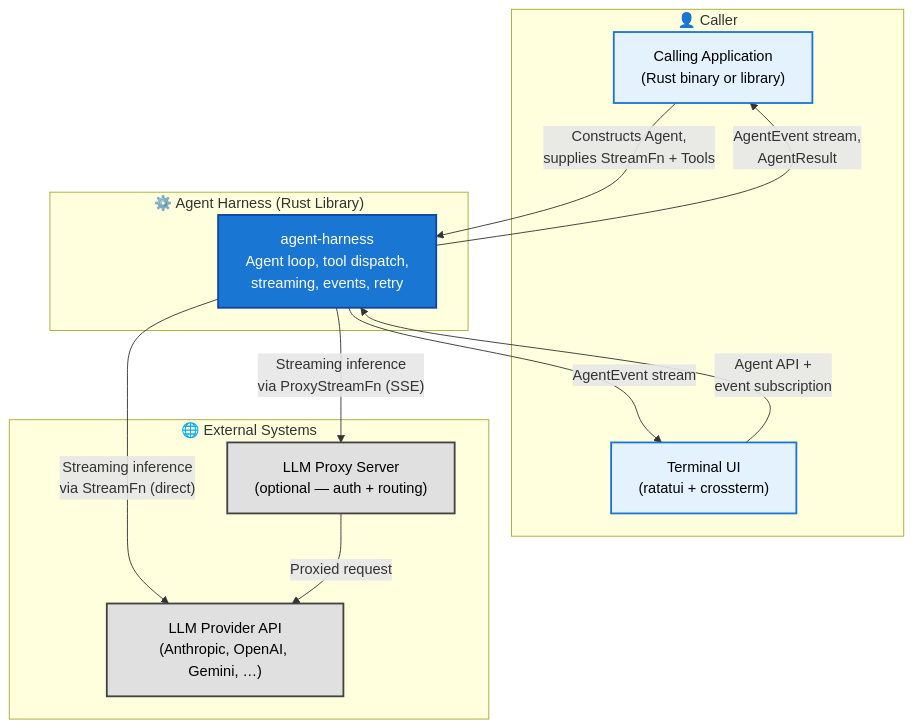
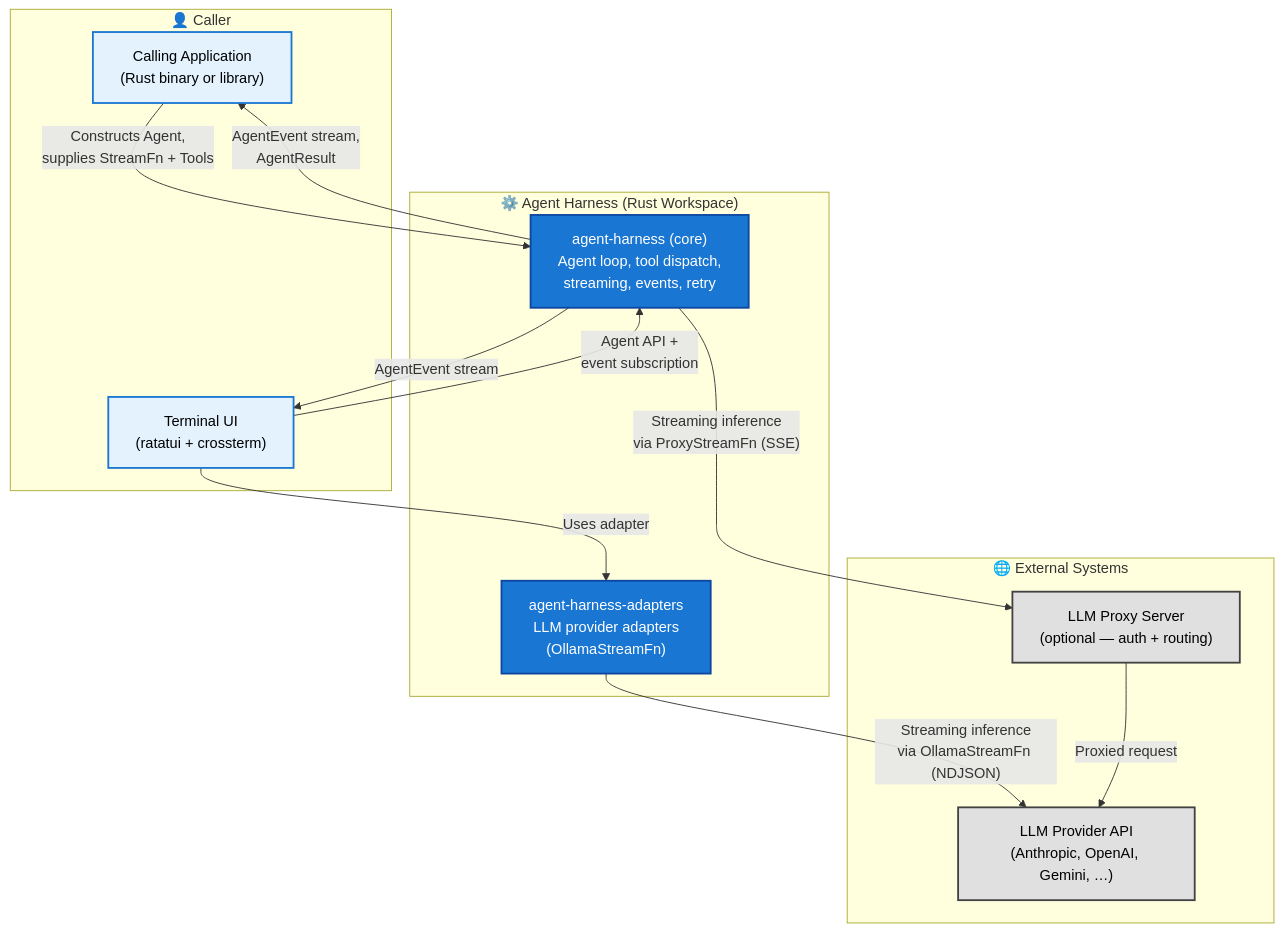
Before and after one commit to SuperSwinkAI/Swink-Agent: the first of 5 diagrams in docs/architecture/HLD.md, drawn with Mermaid. The commit also changed other lines of this file and 26 other files, not shown here.

First line of the commit message:
Implement TUI phases T2–T4, Ollama adapter, and resolve QA findings

````diff
--- a/docs/architecture/HLD.md
+++ b/docs/architecture/HLD.md
@@ -18,32 +18,34 @@
 ```mermaid
 flowchart TB
     subgraph CallerLayer["👤 Caller"]
         App["Calling Application<br/>(Rust binary or library)"]
         TUI["Terminal UI<br/>(ratatui + crossterm)"]
     end
 
-    subgraph HarnessSystem["⚙️ Agent Harness (Rust Library)"]
-        Harness["agent-harness<br/>Agent loop, tool dispatch,<br/>streaming, events, retry"]
+    subgraph HarnessSystem["⚙️ Agent Harness (Rust Workspace)"]
+        Harness["agent-harness (core)<br/>Agent loop, tool dispatch,<br/>streaming, events, retry"]
+        Adapters["agent-harness-adapters<br/>LLM provider adapters<br/>(OllamaStreamFn)"]
     end
 
     subgraph ExternalSystems["🌐 External Systems"]
         LLMProvider["LLM Provider API<br/>(Anthropic, OpenAI, Gemini, …)"]
         ProxyServer["LLM Proxy Server<br/>(optional — auth + routing)"]
     end
 
     App -->|"Constructs Agent,<br/>supplies StreamFn + Tools"| Harness
     Harness -->|"AgentEvent stream,<br/>AgentResult"| App
     TUI -->|"Agent API +<br/>event subscription"| Harness
+    TUI -->|"Uses adapter"| Adapters
     Harness -->|"AgentEvent stream"| TUI
-    Harness -->|"Streaming inference<br/>via StreamFn (direct)"| LLMProvider
+    Adapters -->|"Streaming inference<br/>via OllamaStreamFn (NDJSON)"| LLMProvider
     Harness -->|"Streaming inference<br/>via ProxyStreamFn (SSE)"| ProxyServer
     ProxyServer -->|"Proxied request"| LLMProvider
 
     classDef callerStyle fill:#e3f2fd,stroke:#1976d2,stroke-width:2px,color:#000
     classDef harnessStyle fill:#1976d2,stroke:#0d47a1,stroke-width:2px,color:#fff
     classDef externalStyle fill:#e0e0e0,stroke:#424242,stroke-width:2px,color:#000
 
     class App,TUI callerStyle
-    class Harness harnessStyle
+    class Harness,Adapters harnessStyle
     class LLMProvider,ProxyServer externalStyle
 ```
````
